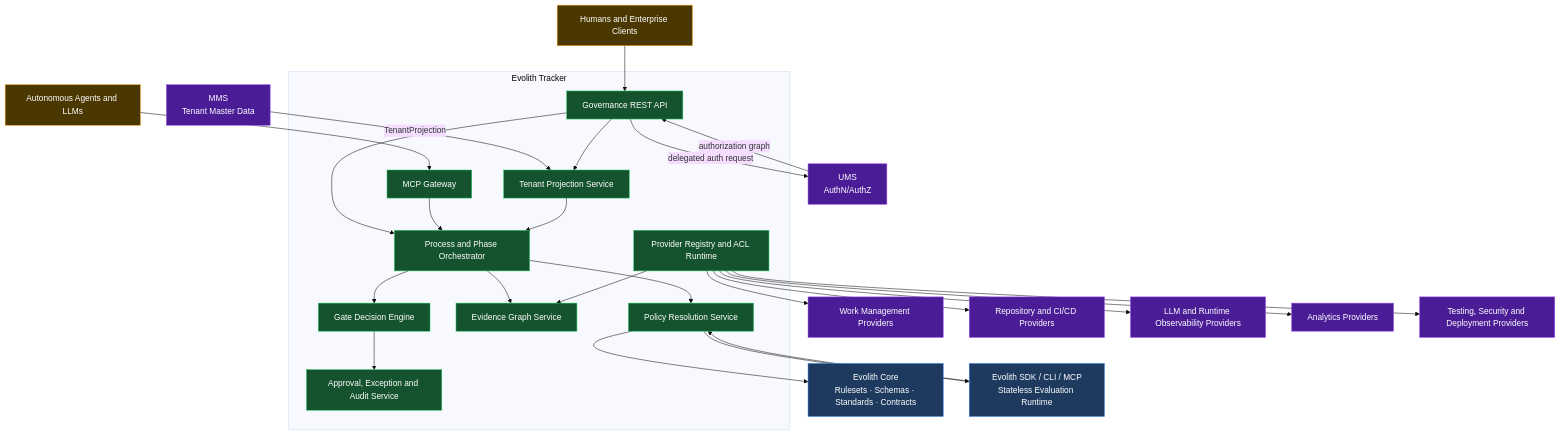
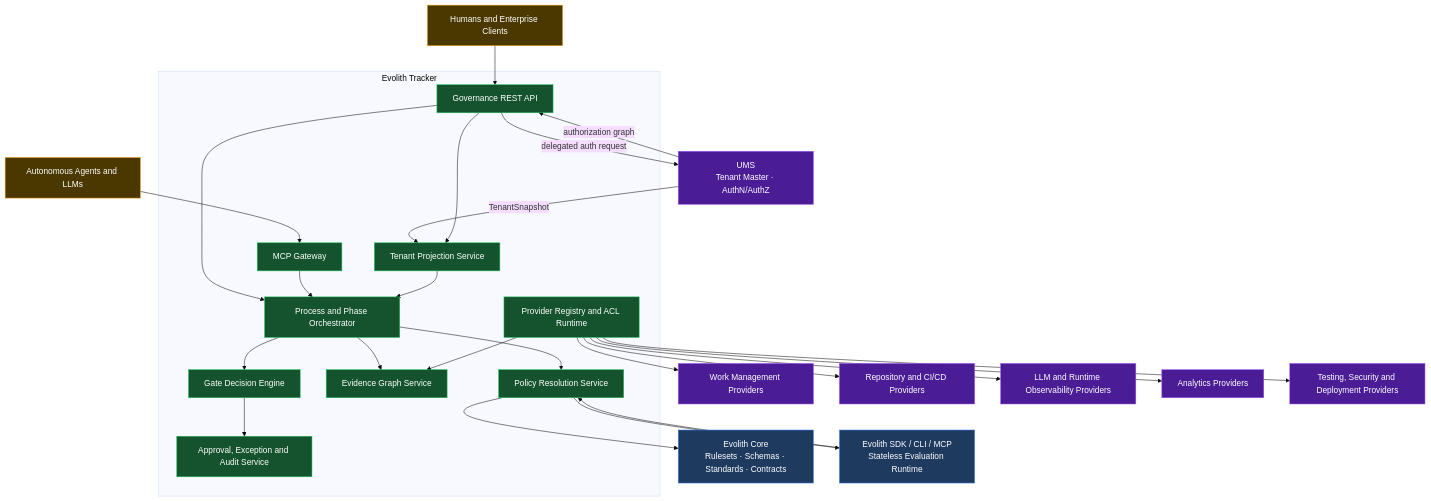
The first of 4 diagrams in product/products/evolith-tracker/sdlc-tracker-technical-interfaces.md (beyondnetcode/evolith_arch32), drawn with Mermaid (base theme) before and after one commit. The commit also changed other lines of this file and 3 other files, not shown here.

First line of the commit message:
docs(suite): the two design documents that still drew MMS as the tenant master

````diff
--- a/product/products/evolith-tracker/sdlc-tracker-technical-interfaces.md
+++ b/product/products/evolith-tracker/sdlc-tracker-technical-interfaces.md
@@ -46,58 +46,57 @@
 ```mermaid
 flowchart TB
     classDef tracker fill:#14532d,stroke:#22c55e,color:#fff
     classDef core fill:#1e3a5f,stroke:#3b82f6,color:#fff
     classDef provider fill:#4a1d96,stroke:#a855f7,color:#fff
     classDef actor fill:#4a3800,stroke:#f59e0b,color:#fff
 
     HUMAN["Humans and Enterprise Clients"]:::actor
     AGENT["Autonomous Agents and LLMs"]:::actor
-    MMS["MMS\nTenant Master Data"]:::provider
-    UMS["UMS\nAuthN/AuthZ"]:::provider
+    UMS["UMS\nTenant Master · AuthN/AuthZ"]:::provider
 
     subgraph TRACKER["Evolith Tracker"]
         API["Governance REST API"]:::tracker
         MCPGW["MCP Gateway"]:::tracker
         TENANT["Tenant Projection Service"]:::tracker
         ORCH["Process and Phase Orchestrator"]:::tracker
         DECISION["Gate Decision Engine"]:::tracker
         EVIDENCE["Evidence Graph Service"]:::tracker
         POLICY["Policy Resolution Service"]:::tracker
         PROVIDERS["Provider Registry and ACL Runtime"]:::tracker
         AUDIT["Approval, Exception and Audit Service"]:::tracker
     end
 
     CORE["Evolith Core\nRulesets · Schemas · Standards · Contracts"]:::core
     EVALUATOR["Evolith SDK / CLI / MCP\nStateless Evaluation Runtime"]:::core
 
     WORK["Work Management Providers"]:::provider
     SCM["Repository and CI/CD Providers"]:::provider
     OBS["LLM and Runtime Observability Providers"]:::provider
     BI["Analytics Providers"]:::provider
     QA["Testing, Security and Deployment Providers"]:::provider
 
     HUMAN --> API
     AGENT --> MCPGW
-    MMS -->|TenantProjection| TENANT
+    UMS -->|TenantSnapshot| TENANT
     API -->|delegated auth request| UMS
     UMS -->|authorization graph| API
     API --> ORCH
     MCPGW --> ORCH
     API --> TENANT
     TENANT --> ORCH
     ORCH --> POLICY
     ORCH --> EVIDENCE
     ORCH --> DECISION
     DECISION --> AUDIT
 
     POLICY --> CORE
     POLICY --> EVALUATOR
     EVALUATOR --> POLICY
 
     PROVIDERS --> WORK
     PROVIDERS --> SCM
     PROVIDERS --> OBS
     PROVIDERS --> BI
     PROVIDERS --> QA
     PROVIDERS --> EVIDENCE
 ```
````
